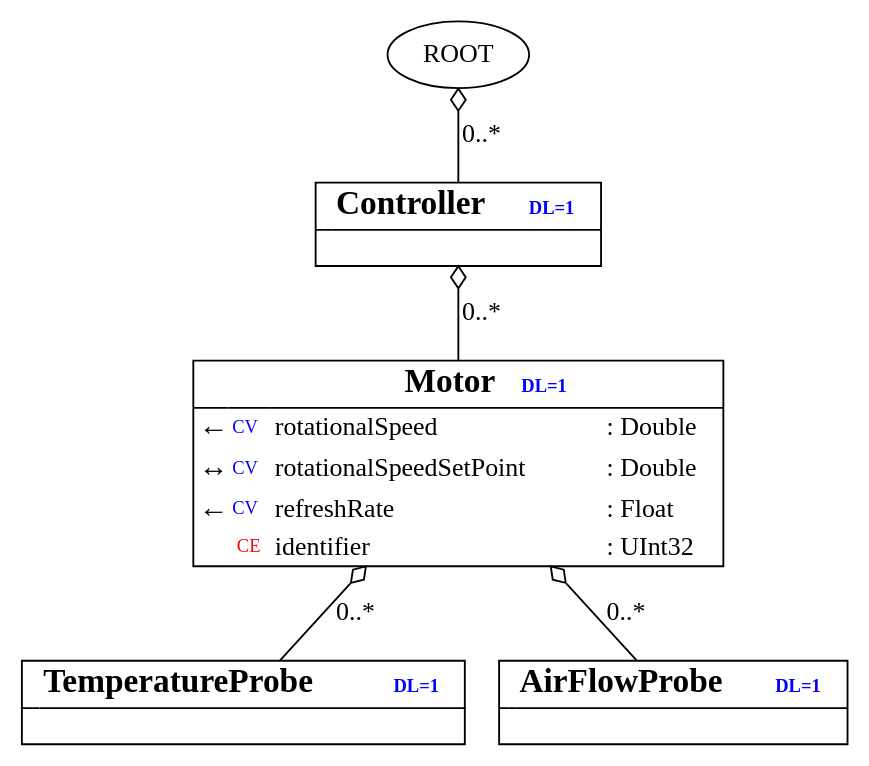
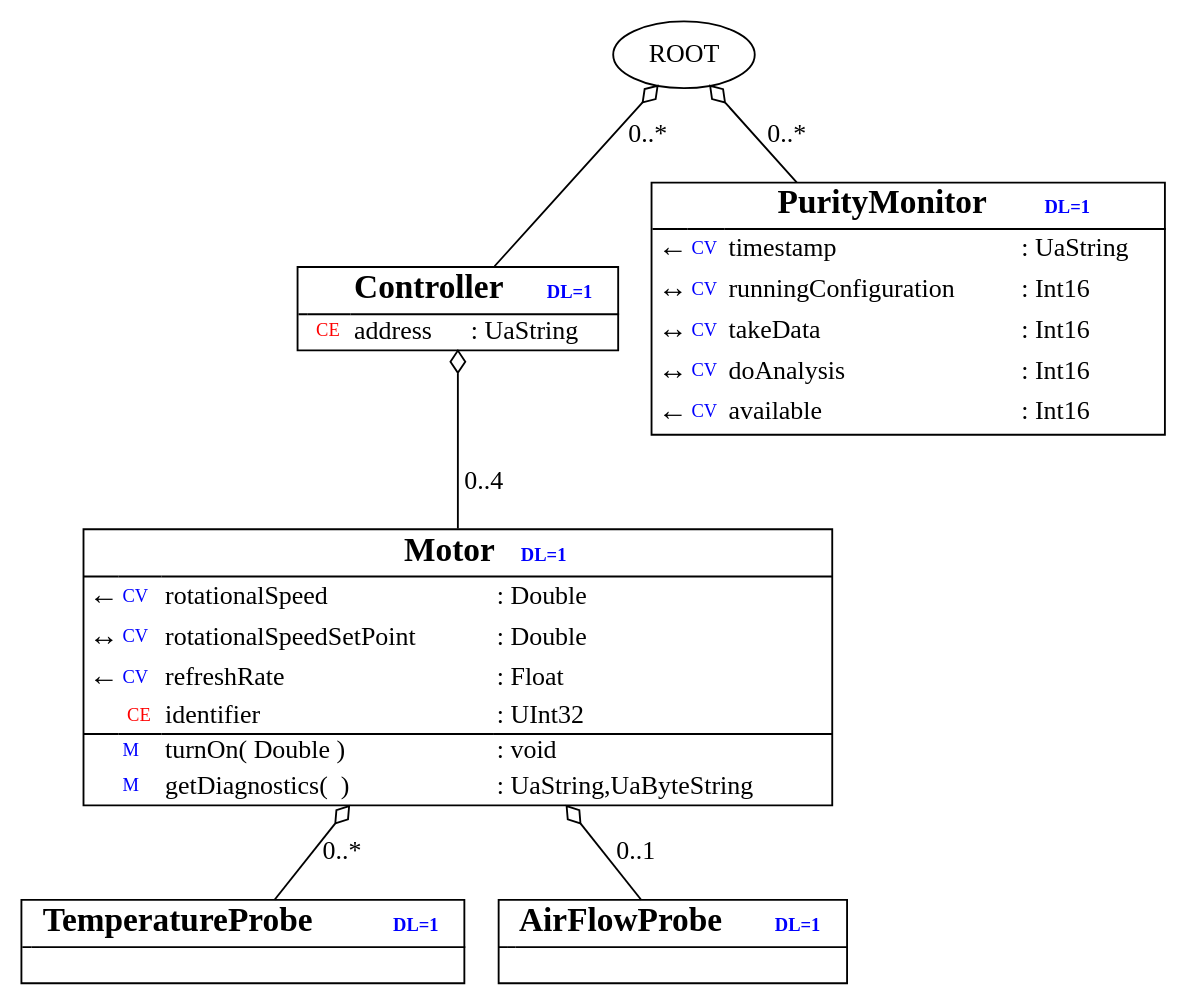
Before and after one commit to lcrem/opcua-server-prm: the diagram in build/Design/Design.dot, drawn with Graphviz. The commit also changed 29 other files, not shown here.

```diff
--- a/build/Design/Design.dot
+++ b/build/Design/Design.dot
@@ -53,6 +53,24 @@
 				<td align="left" >: UInt32</td>
 				</tr>
 			
+			    <hr/>
+	   		    
+			      
+			      <tr>
+			      <td align="left" width="0"></td>
+			      <td align="left" width="4"><font point-size="10" color="blue" >M</font></td>
+			      <td align="left">turnOn( Double )</td>
+			      <td align="left" >: void</td>  
+			      </tr>	
+			    
+			      
+			      <tr>
+			      <td align="left" width="0"></td>
+			      <td align="left" width="4"><font point-size="10" color="blue" >M</font></td>
+			      <td align="left">getDiagnostics(  )</td>
+			      <td align="left" >: UaString,UaByteString</td>  
+			      </tr>	
+			    
 
 		</table>>]
 		
@@ -75,8 +93,14 @@
 			<hr/>
 
 			
-			    <tr> <td colspan="3"> </td> </tr>
-			  
+				<tr>
+				
+				<td align="left" width="0"></td>
+				<td align="left"><font point-size="10" color="red" > CE</font></td>
+				<td align="left" >address</td>
+				<td align="left" >: UaString</td>
+				</tr>
+			
 
 		</table>>]
 		
@@ -129,6 +153,68 @@
 		</table>>]
 		
 	
+	class_PurityMonitor [shape=none,margin=0,label=<
+		<table border="1" cellspacing="0" cellpadding="2" cellborder="0" >
+			<tr > 
+			        <td width="0"></td>
+				<td width="0"></td>
+				<td colspan="2">
+					<b>
+					<font point-size="18" >PurityMonitor</font>
+					
+						<font point-size="10" color="blue" >DL=1</font>
+					
+					</b> 
+				</td>  
+			</tr>
+			
+			<hr/>
+
+			
+				<tr>
+				
+				<td align="left" width="0"><font point-size="16">←</font></td>
+				<td align="left" width="0"><font point-size="10" color="blue" >CV</font></td>
+				<td align="left" >timestamp</td>
+				<td align="left" >: UaString</td>
+				</tr>
+			
+				<tr>
+				
+				<td align="left" width="0"><font point-size="16">↔</font></td>
+				<td align="left" width="0"><font point-size="10" color="blue" >CV</font></td>
+				<td align="left" >runningConfiguration</td>
+				<td align="left" >: Int16</td>
+				</tr>
+			
+				<tr>
+				
+				<td align="left" width="0"><font point-size="16">↔</font></td>
+				<td align="left" width="0"><font point-size="10" color="blue" >CV</font></td>
+				<td align="left" >takeData</td>
+				<td align="left" >: Int16</td>
+				</tr>
+			
+				<tr>
+				
+				<td align="left" width="0"><font point-size="16">↔</font></td>
+				<td align="left" width="0"><font point-size="10" color="blue" >CV</font></td>
+				<td align="left" >doAnalysis</td>
+				<td align="left" >: Int16</td>
+				</tr>
+			
+				<tr>
+				
+				<td align="left" width="0"><font point-size="16">←</font></td>
+				<td align="left" width="0"><font point-size="10" color="blue" >CV</font></td>
+				<td align="left" >available</td>
+				<td align="left" >: Int16</td>
+				</tr>
+			
+
+		</table>>]
+		
+	
 	
 	class_Motor
 	-> 
@@ -139,13 +225,13 @@
 	class_Motor
 	-> 
 	
-	class_AirFlowProbe [arrowtail=odiamond,dir=back,label="0..*"]
+	class_AirFlowProbe [arrowtail=odiamond,dir=back,label="0..1"]
 	
 	
 	class_Controller
 	-> 
 	
-	class_Motor [arrowtail=odiamond,dir=back,label="0..*"]
+	class_Motor [arrowtail=odiamond,dir=back,label="0..4"]
 	
 
 
@@ -157,4 +243,10 @@
 	
 	class_Controller [arrowtail=odiamond,dir=back,label="0..*"]
 	
+	
+	class_ROOT
+	-> 
+	
+	class_PurityMonitor [arrowtail=odiamond,dir=back,label="0..*"]
+	
 	}
```
